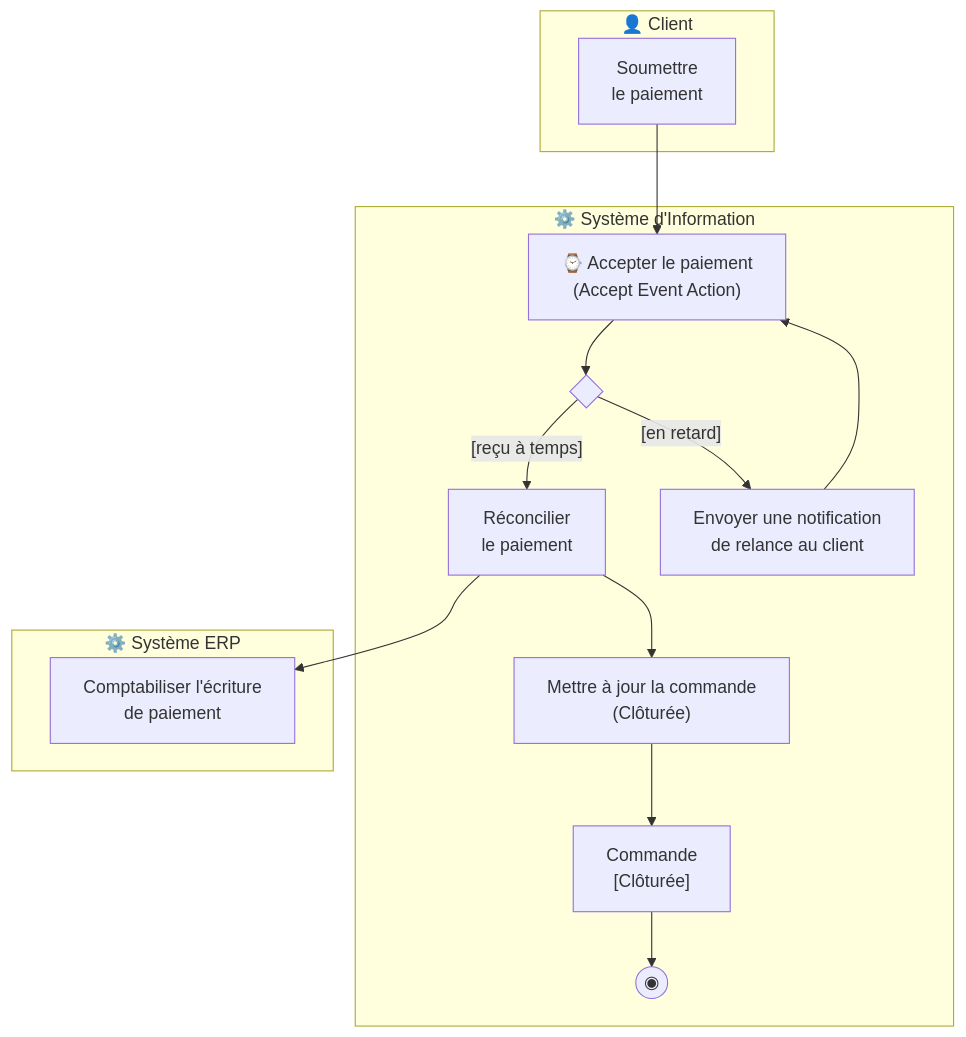
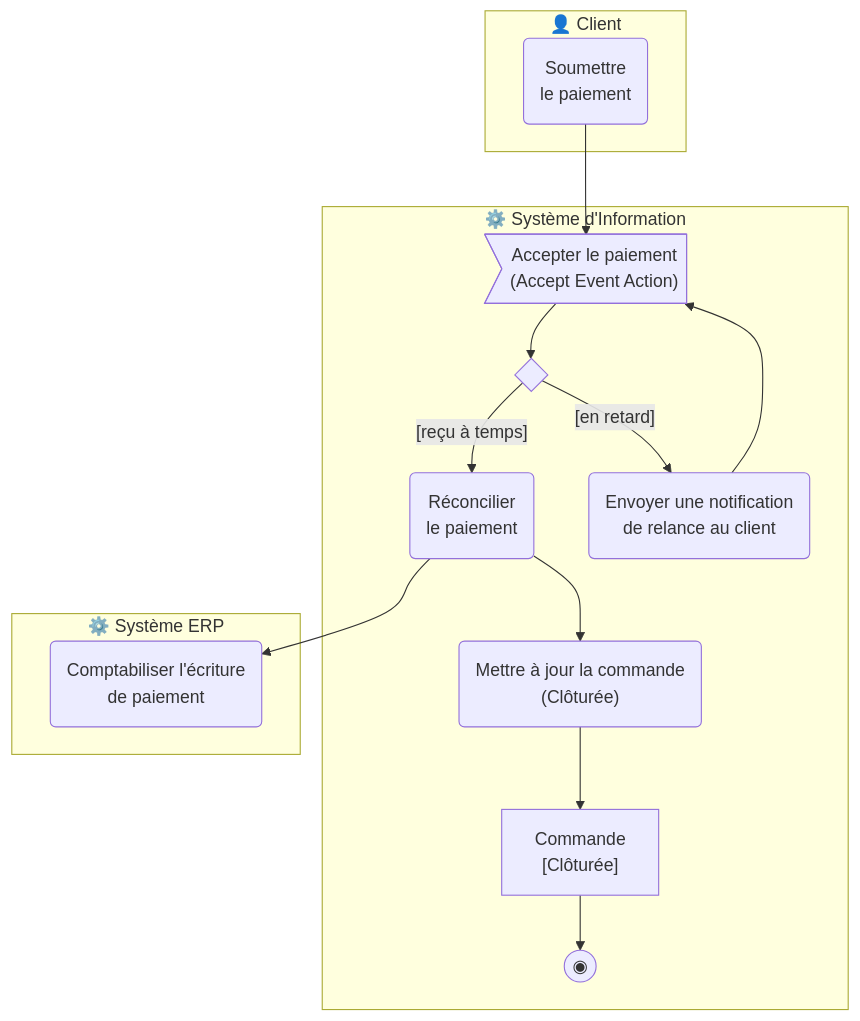
One commit to MATBMS/study-case-training changed diagram 11 of 11 in UML/solutions/UML Activity Solutions.md. Above: the diagram before and after it, drawn with Mermaid. The commit also changed other lines of this file and 12 other files, not shown here.

````diff
--- a/UML/solutions/UML Activity Solutions.md
+++ b/UML/solutions/UML Activity Solutions.md
@@ -277,20 +452,20 @@
 ```mermaid
 flowchart TB
     subgraph CLT ["👤 Client"]
-        PAY["Soumettre<br/>le paiement"]
+        PAY("Soumettre<br/>le paiement")
     end
     subgraph SI ["⚙️ Système d'Information"]
-        WAIT["⌚ Accepter le paiement<br/>(Accept Event Action)"] --> D1{" "}
-        D1 -- "[reçu à temps]" --> S1["Réconcilier<br/>le paiement"]
-        S1 --> S2["Mettre à jour la commande<br/>(Clôturée)"]
+        WAIT>"Accepter le paiement<br/>(Accept Event Action)"] --> D1{" "}
+        D1 -- "[reçu à temps]" --> S1("Réconcilier<br/>le paiement")
+        S1 --> S2("Mettre à jour la commande<br/>(Clôturée)")
         S2 --> O_CL["Commande<br/>[Clôturée]"]
         O_CL --> END(("◉"))
-        D1 -- "[en retard]" --> S3["Envoyer une notification<br/>de relance au client"]
+        D1 -- "[en retard]" --> S3("Envoyer une notification<br/>de relance au client")
         S3 --> WAIT
     end
     subgraph ERP ["⚙️ Système ERP"]
-        POST["Comptabiliser l'écriture<br/>de paiement"]
+        POST("Comptabiliser l'écriture<br/>de paiement")
     end
     PAY --> WAIT
     S1 --> POST
 ```
````
